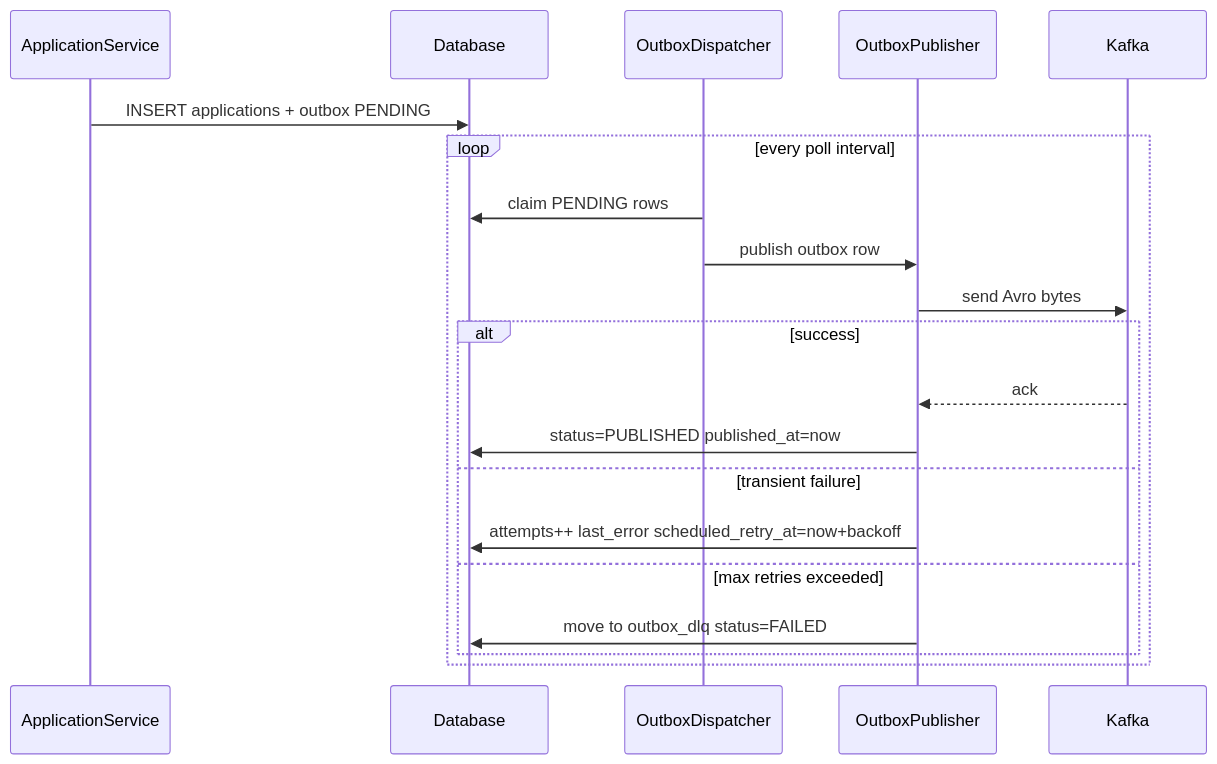
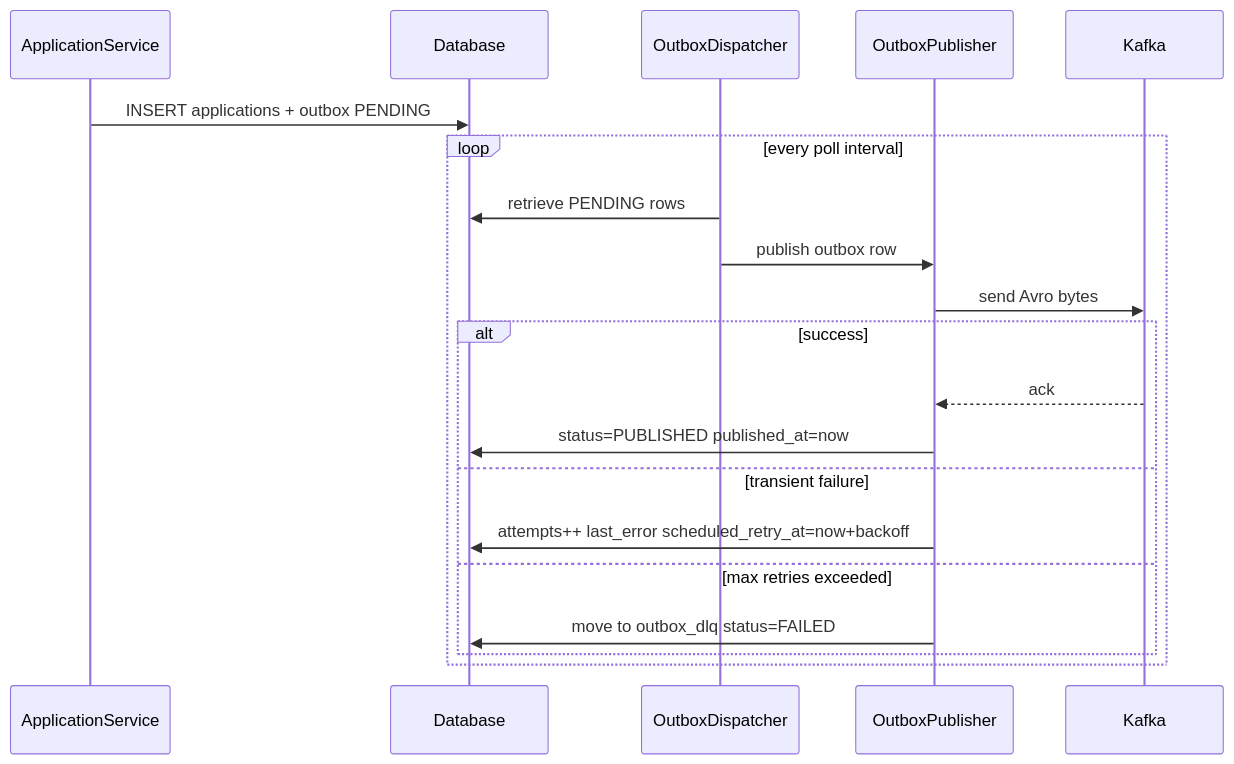
Before and after one commit to daanderso/event-driven-design-demo: the second of 2 diagrams in docs/05-kafka-outbox-design.md, drawn with Mermaid. The commit also changed other lines of this file and 14 other files, not shown here.

````diff
--- a/docs/05-kafka-outbox-design.md
+++ b/docs/05-kafka-outbox-design.md
@@ -163,23 +163,23 @@
 ```mermaid
 sequenceDiagram
     participant API as ApplicationService
     participant DB as Database
     participant Disp as OutboxDispatcher
     participant Pub as OutboxPublisher
     participant K as Kafka
 
     API->>DB: INSERT applications + outbox PENDING
     loop every poll interval
-        Disp->>DB: claim PENDING rows
+        Disp->>DB: retrieve PENDING rows
         Disp->>Pub: publish outbox row
         Pub->>K: send Avro bytes
         alt success
             K-->>Pub: ack
             Pub->>DB: status=PUBLISHED published_at=now
         else transient failure
             Pub->>DB: attempts++ last_error scheduled_retry_at=now+backoff
         else max retries exceeded
             Pub->>DB: move to outbox_dlq status=FAILED
         end
     end
 ```
````
